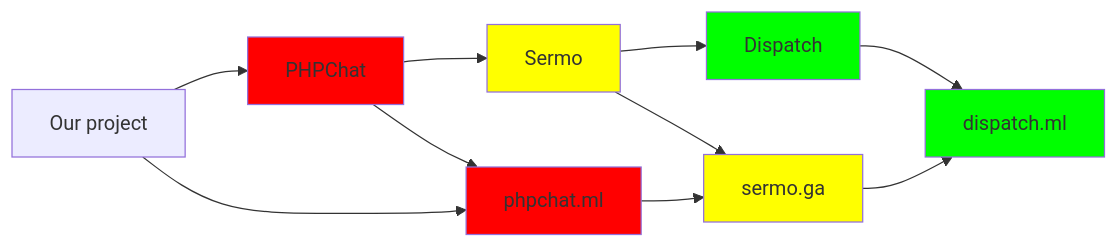
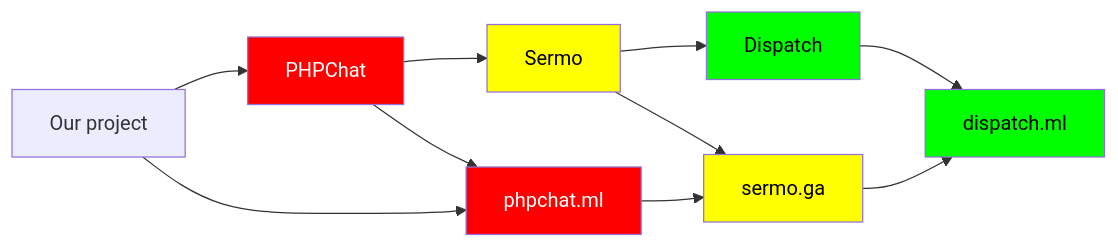
Before and after one commit to GoneRogueProductions/dispatch: the diagram in README.md, drawn with Mermaid.

Commit message:
mermaid colors

````diff
--- a/README.md
+++ b/README.md
@@ -72,20 +72,24 @@
 ```mermaid
 graph LR
 Y[Our project]
 A[PHPChat] --> B[Sermo] -->  C[Dispatch]
 D[phpchat.ml] --> E[sermo.ga] --> F[dispatch.ml]
 A --> D
 B --> E
 C --> F
 Y --> A
 Y --> D
 
 style A fill:#F00
+style A color:#FFF
 style D fill:#F00
-
+style D color:#FFF
 style B fill:#FF0
 style E fill:#FF0
-
+style E color:#000
+style B color:#000
 style F fill:#0F0
 style C fill:#0F0
+style F color:#000
+style C color:#000
 ```
````
